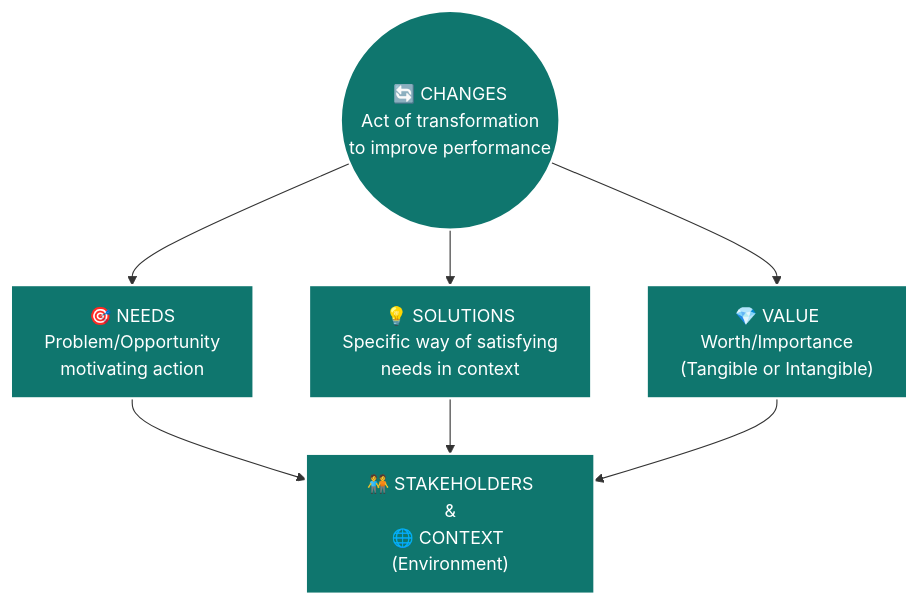
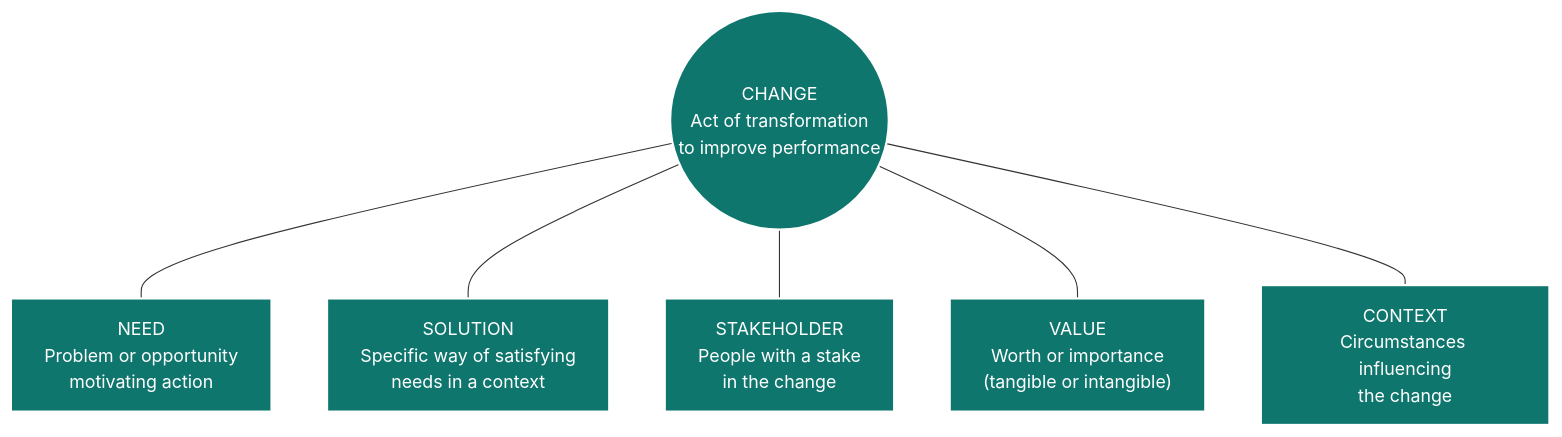
One commit to Hager-ali191/SAAD changed the sixth of 8 diagrams in Lec 1.md. Above: the diagram before and after it, drawn with Mermaid. The commit also changed other lines of this file, not shown here.

````diff
--- a/Lec 1.md
+++ b/Lec 1.md
@@ -97,19 +141,18 @@
 ```mermaid
 graph TD
     classDef core fill:#0f766e,stroke:#fff,stroke-width:2px,color:#fff;
-    
-    C(("🔄 CHANGES<br/>Act of transformation<br/>to improve performance")):::core
-    
-    N["🎯 NEEDS<br/>Problem/Opportunity<br/>motivating action"]:::core
-    S["💡 SOLUTIONS<br/>Specific way of satisfying<br/>needs in context"]:::core
-    V["💎 VALUE<br/>Worth/Importance<br/>(Tangible or Intangible)"]:::core
-    
-    ST["🧑‍🤝‍🧑 STAKEHOLDERS<br/>&<br/>🌐 CONTEXT (Environment)"]:::core
 
-    C --> N
-    C --> S
-    C --> V
-    N --> ST
-    S --> ST
-    V --> ST
+    C(("CHANGE<br/>Act of transformation<br/>to improve performance")):::core
+
+    N["NEED<br/>Problem or opportunity<br/>motivating action"]:::core
+    S["SOLUTION<br/>Specific way of satisfying<br/>needs in a context"]:::core
+    ST["STAKEHOLDER<br/>People with a stake<br/>in the change"]:::core
+    V["VALUE<br/>Worth or importance<br/>(tangible or intangible)"]:::core
+    CX["CONTEXT<br/>Circumstances influencing<br/>the change"]:::core
+
+    C --- N
+    C --- S
+    C --- ST
+    C --- V
+    C --- CX
 ```
````
